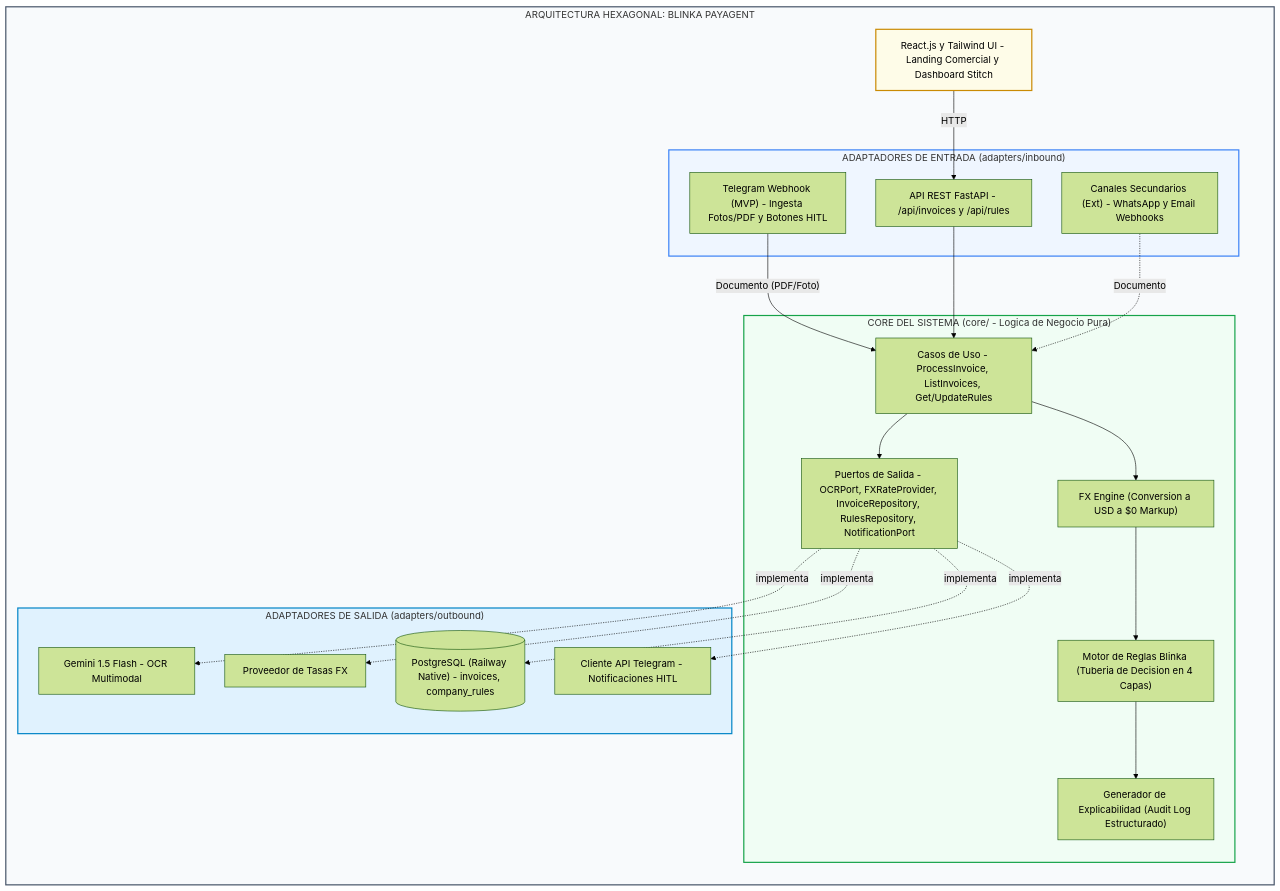
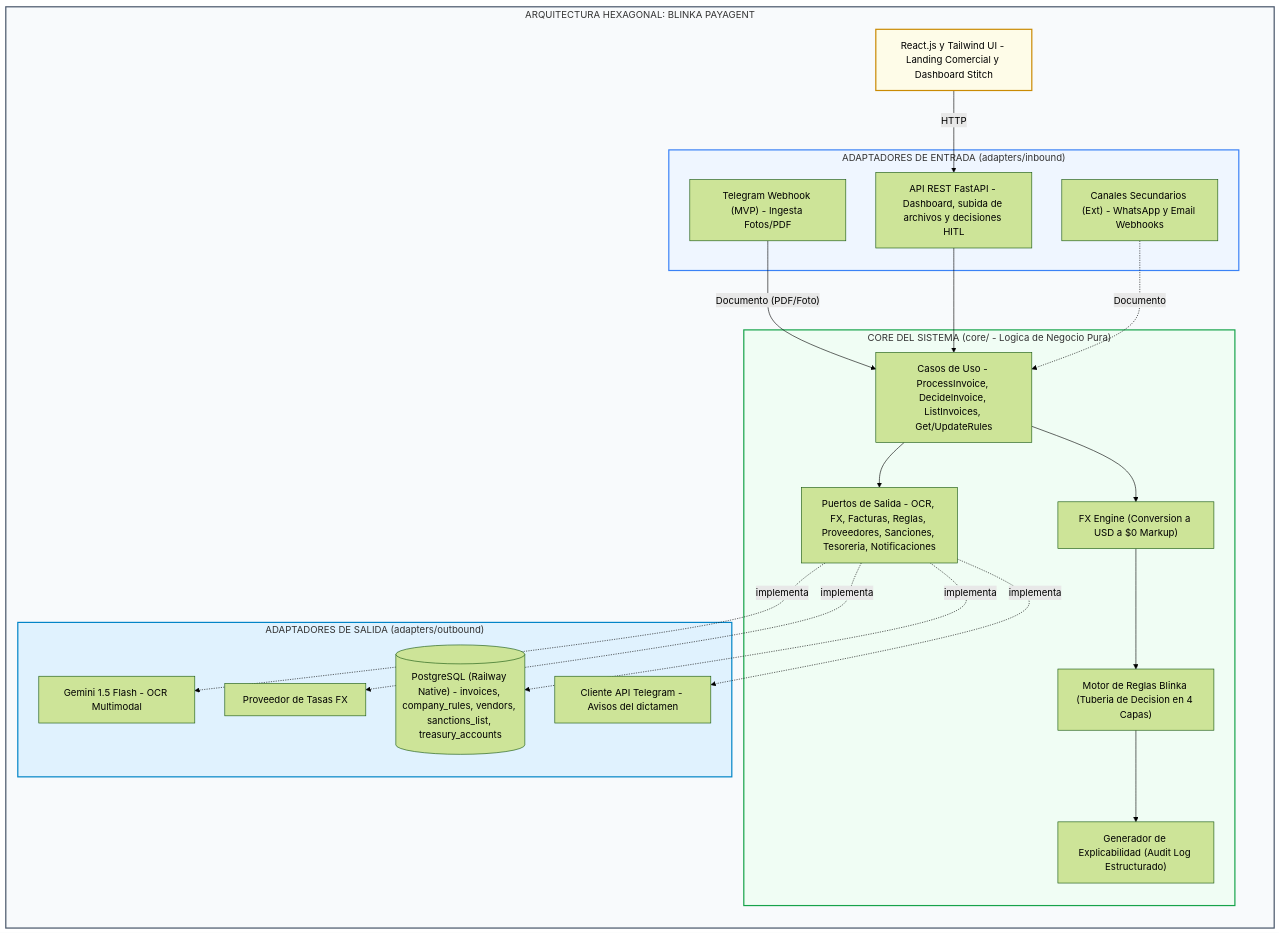
Before and after one commit to Oriojas/30X_404_team: the first of 2 diagrams in docs/arquitectura/arquitectura_solucion_v4.md, drawn with Mermaid (forest theme). The commit also changed other lines of this file and 43 other files, not shown here.

````diff
--- a/docs/arquitectura/arquitectura_solucion_v4.md
+++ b/docs/arquitectura/arquitectura_solucion_v4.md
@@ -13,47 +13,47 @@
 ```mermaid
 flowchart TD
     subgraph System ["ARQUITECTURA HEXAGONAL: BLINKA PAYAGENT"]
         direction TB
 
         subgraph InAdapters ["ADAPTADORES DE ENTRADA (adapters/inbound)"]
-            Telegram["Telegram Webhook (MVP) - Ingesta Fotos/PDF y Botones HITL"]
-            RestAPI["API REST FastAPI - /api/invoices y /api/rules"]
+            Telegram["Telegram Webhook (MVP) - Ingesta Fotos/PDF"]
+            RestAPI["API REST FastAPI - Dashboard, subida de archivos y decisiones HITL"]
             OtherChannels["Canales Secundarios (Ext) - WhatsApp y Email Webhooks"]
         end
 
         subgraph Core ["CORE DEL SISTEMA (core/ - Logica de Negocio Pura)"]
-            UseCases["Casos de Uso - ProcessInvoice, ListInvoices, Get/UpdateRules"]
+            UseCases["Casos de Uso - ProcessInvoice, DecideInvoice, ListInvoices, Get/UpdateRules"]
             FX["FX Engine (Conversion a USD a $0 Markup)"]
             Rules["Motor de Reglas Blinka (Tuberia de Decision en 4 Capas)"]
             Audit["Generador de Explicabilidad (Audit Log Estructurado)"]
-            Ports["Puertos de Salida - OCRPort, FXRateProvider, InvoiceRepository, RulesRepository, NotificationPort"]
+            Ports["Puertos de Salida - OCR, FX, Facturas, Reglas, Proveedores, Sanciones, Tesoreria, Notificaciones"]
 
             UseCases --> FX --> Rules --> Audit
             UseCases --> Ports
         end
 
         subgraph OutAdapters ["ADAPTADORES DE SALIDA (adapters/outbound)"]
             Gemini["Gemini 1.5 Flash - OCR Multimodal"]
             Rates["Proveedor de Tasas FX"]
-            DB[("PostgreSQL (Railway Native) - invoices, company_rules")]
-            TgClient["Cliente API Telegram - Notificaciones HITL"]
+            DB[("PostgreSQL (Railway Native) - invoices, company_rules, vendors, sanctions_list, treasury_accounts")]
+            TgClient["Cliente API Telegram - Avisos del dictamen"]
         end
 
         ReactUI["React.js y Tailwind UI - Landing Comercial y Dashboard Stitch"]
 
         ReactUI -->|"HTTP"| RestAPI
         Telegram -->|"Documento (PDF/Foto)"| UseCases
         RestAPI --> UseCases
         OtherChannels -.->|"Documento"| UseCases
         Ports -.->|"implementa"| Gemini
         Ports -.->|"implementa"| Rates
         Ports -.->|"implementa"| DB
         Ports -.->|"implementa"| TgClient
     end
 
     style System fill:#f8fafc,stroke:#475569,stroke-width:2px
     style InAdapters fill:#eff6ff,stroke:#3b82f6,stroke-width:2px
     style OutAdapters fill:#e0f2fe,stroke:#0284c7,stroke-width:2px
     style Core fill:#f0fdf4,stroke:#16a34a,stroke-width:2px
     style ReactUI fill:#fefce8,stroke:#ca8a04,stroke-width:2px
 ```
````
